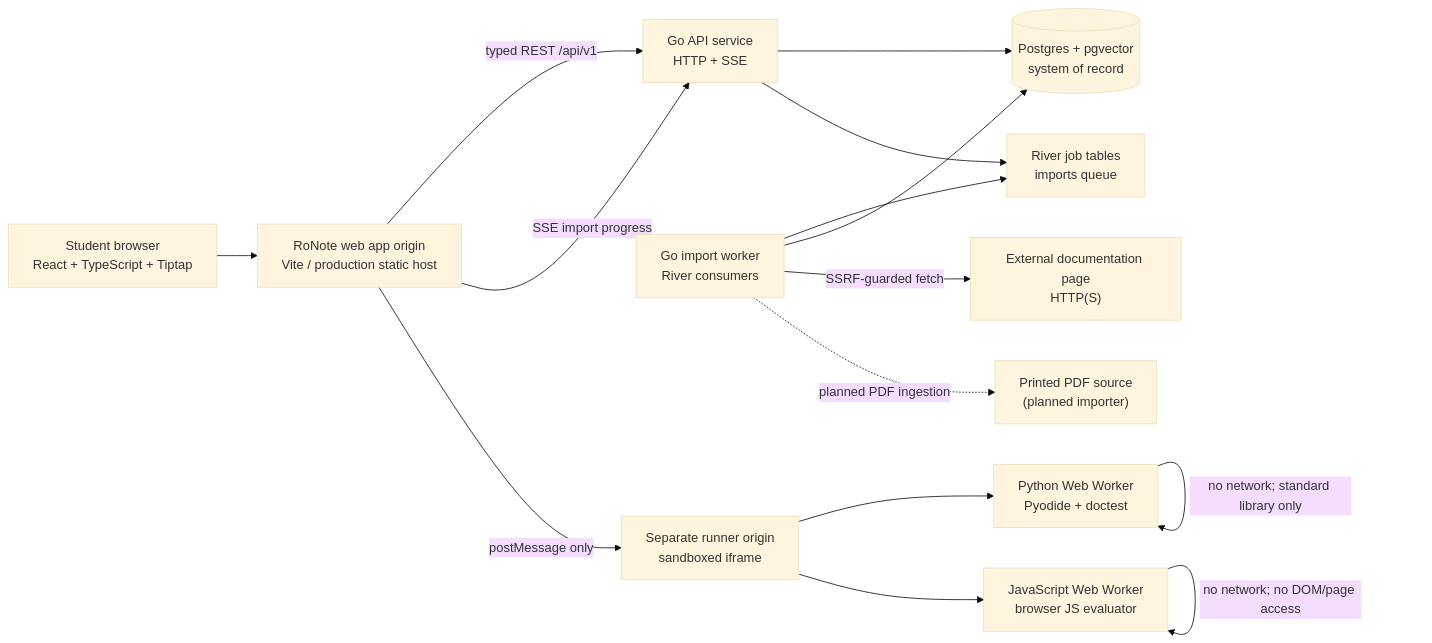
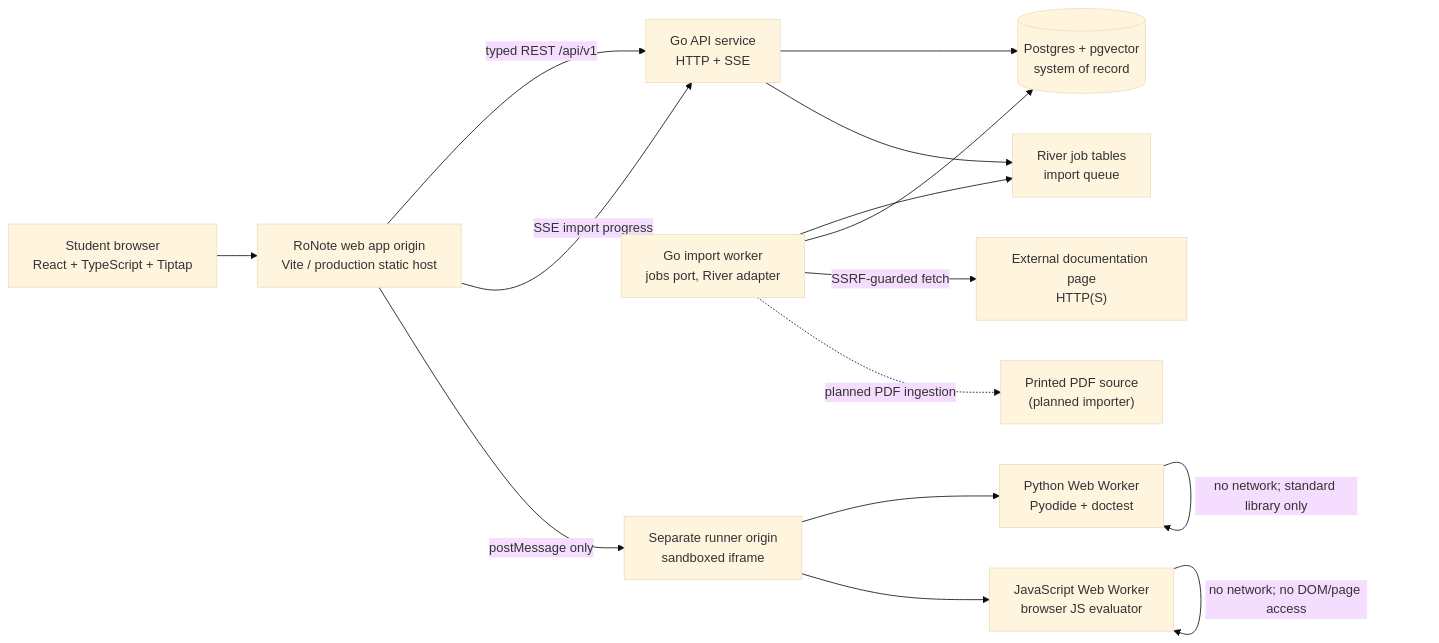
Before and after one commit to ROKUMATE/RoNote: the first of 13 diagrams in SYSTEM-DESIGN.md, drawn with Mermaid (base theme). The commit also changed other lines of this file and 17 other files, not shown here.

Commit message:
Refactor: Run imports through the jobs port with a River adapter

````diff
--- a/SYSTEM-DESIGN.md
+++ b/SYSTEM-DESIGN.md
@@ -35,29 +35,29 @@
 ```mermaid
 flowchart LR
     Browser["Student browser<br/>React + TypeScript + Tiptap"]
     App["RoNote web app origin<br/>Vite / production static host"]
     API["Go API service<br/>HTTP + SSE"]
-    Worker["Go import worker<br/>River consumers"]
+    Worker["Go import worker<br/>jobs port, River adapter"]
     DB[("Postgres + pgvector<br/>system of record")]
-    Queue["River job tables<br/>imports queue"]
+    Queue["River job tables<br/>import queue"]
     Source["External documentation page<br/>HTTP(S)"]
     Runner["Separate runner origin<br/>sandboxed iframe"]
     Py["Python Web Worker<br/>Pyodide + doctest"]
     JS["JavaScript Web Worker<br/>browser JS evaluator"]
     PDF["Printed PDF source<br/>(planned importer)"]
 
     Browser --> App
     App -->|"typed REST /api/v1"| API
     App -->|"SSE import progress"| API
     API --> DB
     API --> Queue
     Worker --> Queue
     Worker --> DB
     Worker -->|"SSRF-guarded fetch"| Source
     Worker -.->|"planned PDF ingestion"| PDF
     App -->|"postMessage only"| Runner
     Runner --> Py
     Runner --> JS
     Py -->|"no network; standard library only"| Py
     JS -->|"no network; no DOM/page access"| JS
 ```
````
